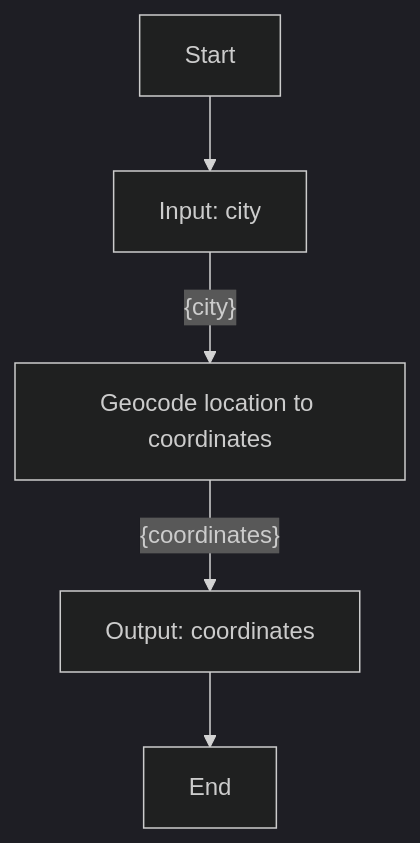
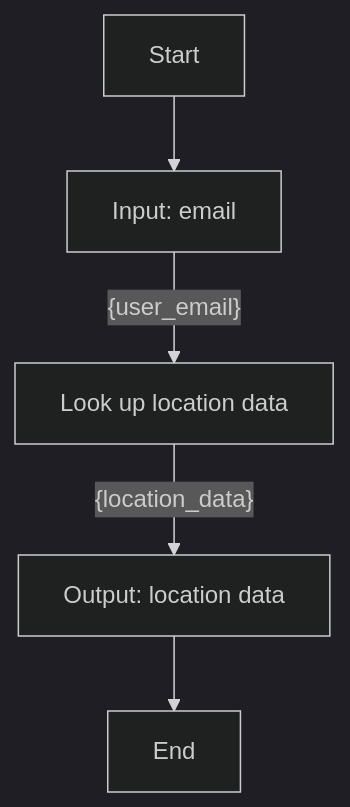
Before and after one commit to YJ-928/Temporal-Python-SDK: the diagram in poc-dsl-compiler/input/workflows/workflow_1.md, drawn with Mermaid (dark theme). The commit also changed 52 other files, not shown here.

````diff
--- a/poc-dsl-compiler/input/workflows/workflow_1.md
+++ b/poc-dsl-compiler/input/workflows/workflow_1.md
@@ -1,7 +1,7 @@
 ```mermaid
 graph TD
-    A[Start] --> B[Input: city]
-    B[Input: city] -- {city} --> C[Geocode location to coordinates]
-    C[Geocode location to coordinates] -- {coordinates} --> D[Output: coordinates]
-    D[Output: coordinates] --> E[End]
+    A[Start] --> B[Input: email]
+    B[Input: email] -- {user_email} --> C[Look up location data]
+    C[Look up location data] -- {location_data} --> D[Output: location data]
+    D[Output: location data] --> E[End]
 ```
````
